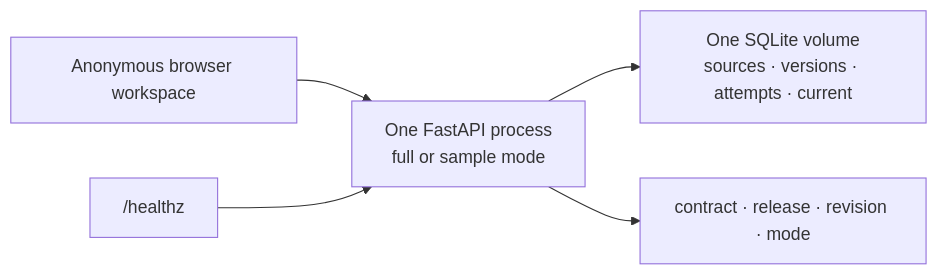
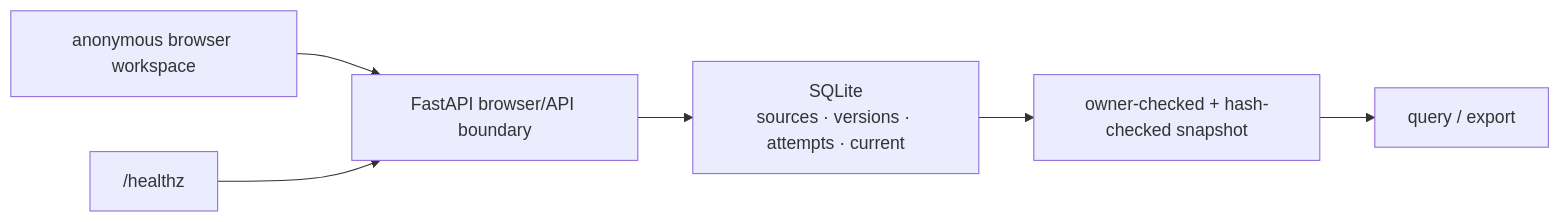
Before and after one commit to junhyun-dev/manufacturing-data-platform: the second of 3 diagrams in docs/ARCHITECTURE.md, drawn with Mermaid. The commit also changed other lines of this file and 3 other files, not shown here.

````diff
--- a/docs/ARCHITECTURE.md
+++ b/docs/ARCHITECTURE.md
@@ -30,7 +41,8 @@
 ```mermaid
 flowchart LR
-  browser["Anonymous browser workspace"] --> app["One FastAPI process\nfull or sample mode"]
-  app --> db["One SQLite volume\nsources · versions · attempts · current"]
-  probe["/healthz"] --> app
-  app --> identity["contract · release · revision · mode"]
+  browser["anonymous browser workspace"] --> boundary["FastAPI browser/API boundary"]
+  boundary --> store["SQLite\nsources · versions · attempts · current"]
+  store --> snapshot["owner-checked + hash-checked snapshot"]
+  snapshot --> query["query / export"]
+  probe["/healthz"] --> boundary
 ```
````
